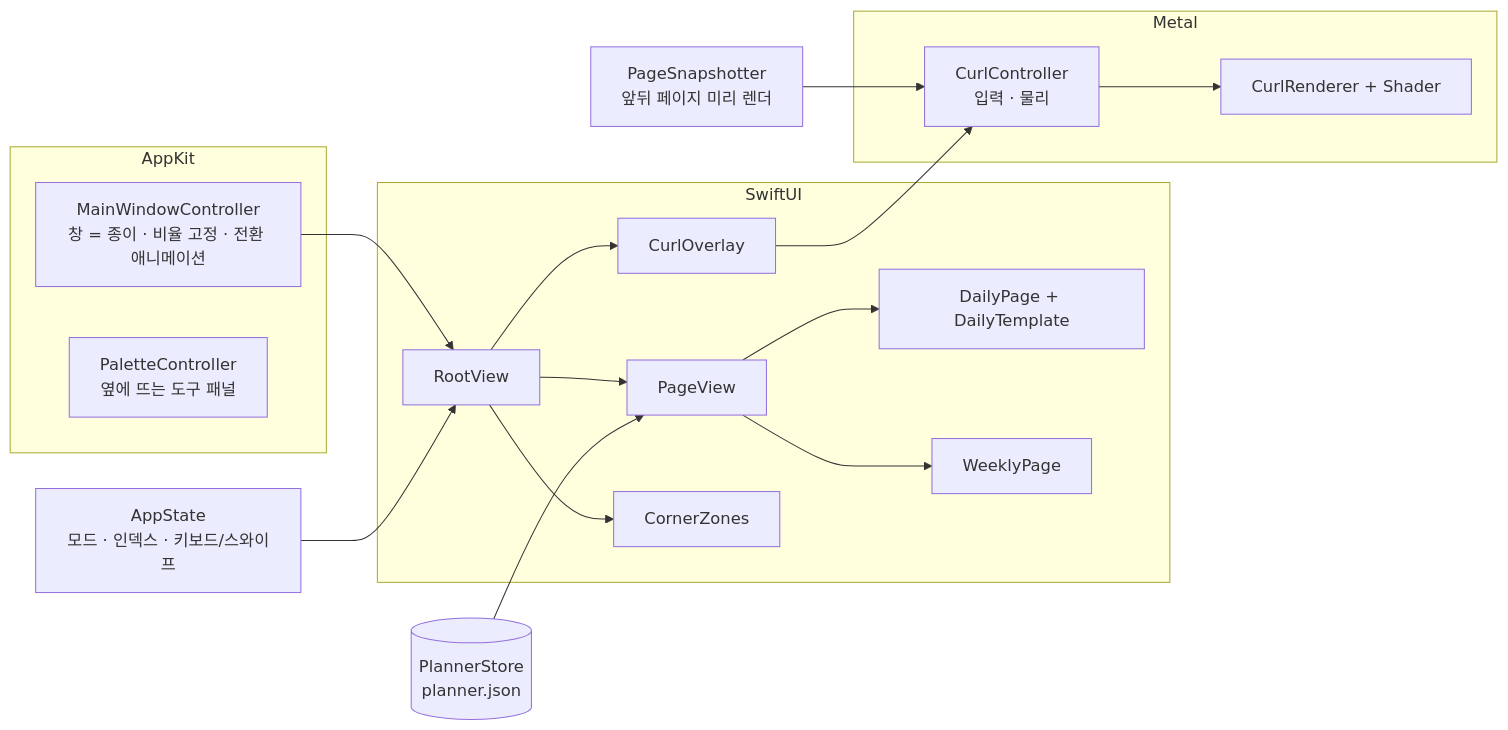
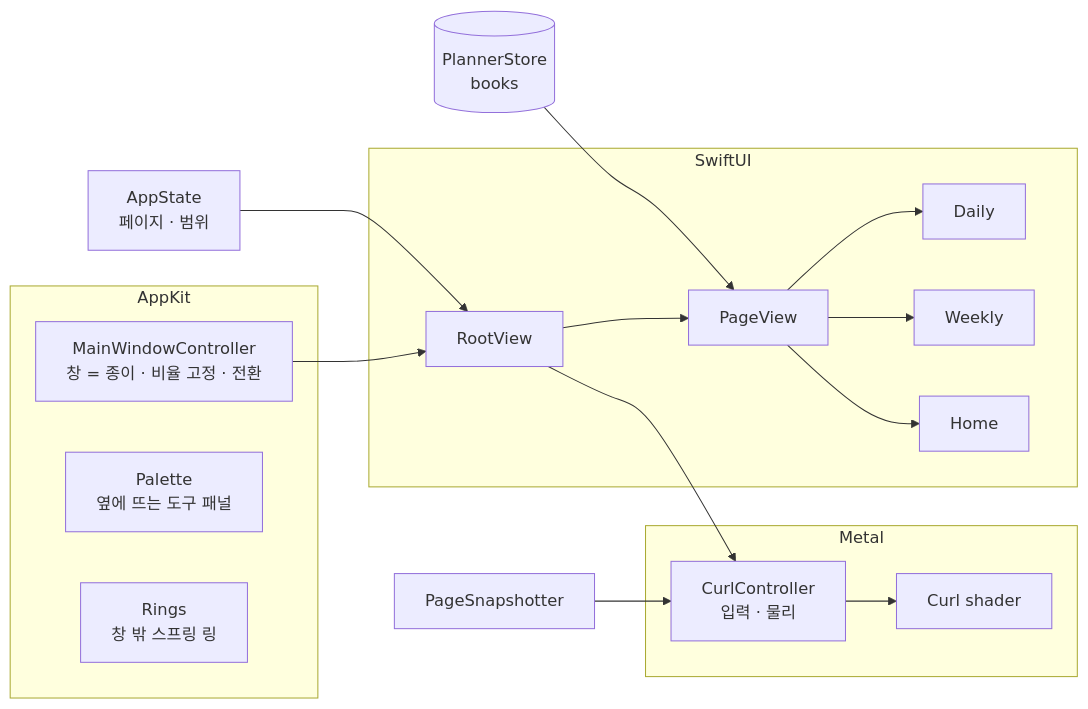
Before and after one commit to Grwaywee/spiralday: the diagram in README.md, drawn with Mermaid. The commit also changed other lines of this file and 8 other files, not shown here.

````diff
--- a/README.md
+++ b/README.md
@@ -124,22 +134,22 @@
 ```mermaid
 flowchart LR
     subgraph AppKit
-        WC[MainWindowController<br/>창 = 종이 · 비율 고정 · 전환 애니메이션]
-        PC[PaletteController<br/>옆에 뜨는 도구 패널]
+        WC[MainWindowController<br/>창 = 종이 · 비율 고정 · 전환]
+        PC[Palette<br/>옆에 뜨는 도구 패널]
+        RW[Rings<br/>창 밖 스프링 링]
     end
     subgraph SwiftUI
         RV[RootView] --> PV[PageView]
-        PV --> DP[DailyPage + DailyTemplate]
-        PV --> WP[WeeklyPage]
-        RV --> CO[CurlOverlay]
-        RV --> CZ[CornerZones]
+        PV --> DP[Daily]
+        PV --> WP[Weekly]
+        PV --> HP[Home]
     end
     subgraph Metal
-        CC[CurlController<br/>입력 · 물리] --> CR[CurlRenderer + Shader]
+        CC[CurlController<br/>입력 · 물리] --> CR[Curl shader]
     end
     WC --> RV
-    CO --> CC
-    PS[PageSnapshotter<br/>앞뒤 페이지 미리 렌더] --> CC
-    Store[(PlannerStore<br/>planner.json)] --> PV
-    State[AppState<br/>모드 · 인덱스 · 키보드/스와이프] --> RV
+    RV --> CC
+    PS[PageSnapshotter] --> CC
+    Store[(PlannerStore<br/>books)] --> PV
+    State[AppState<br/>페이지 · 범위] --> RV
 ```
````
